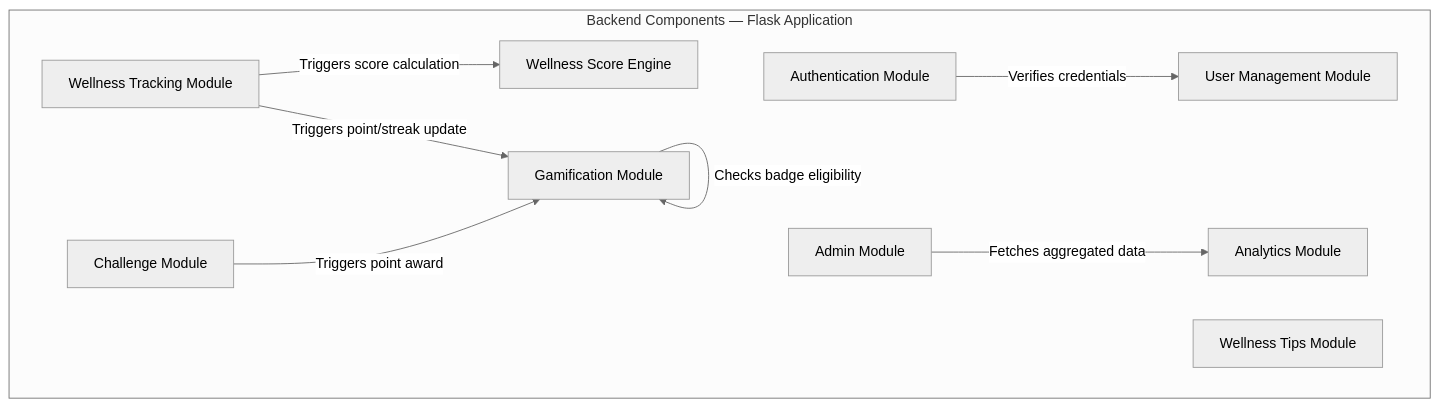
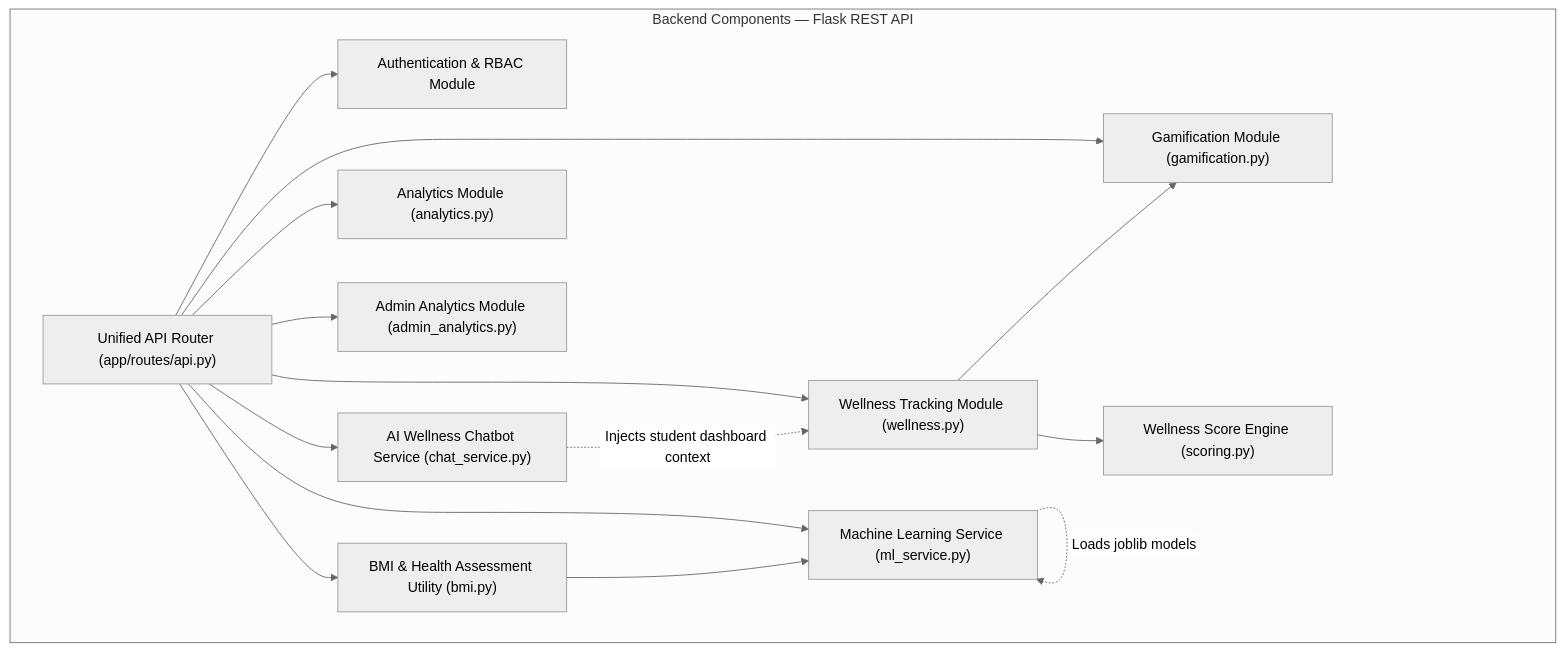
The third of 21 diagrams in ARCHITECTURE.md (goxxie08/Wellvia), drawn with Mermaid (neutral theme) before and after one commit. The commit also changed other lines of this file and 2 other files, not shown here.

````diff
--- a/ARCHITECTURE.md
+++ b/ARCHITECTURE.md
@@ -335,21 +344,30 @@
 ```mermaid
 flowchart TD
-    subgraph Backend["Backend Components — Flask Application"]
-        AuthMod["Authentication Module"]
-        UserMod["User Management Module"]
-        WellnessMod["Wellness Tracking Module"]
-        TipsMod["Wellness Tips Module"]
-        ChallengeMod["Challenge Module"]
-        GamificationMod["Gamification Module"]
-        AnalyticsMod["Analytics Module"]
-        AdminMod["Admin Module"]
-        ScoreEngine["Wellness Score Engine"]
+    subgraph Backend["Backend Components — Flask REST API"]
+        Router["Unified API Router (app/routes/api.py)"]
+        AuthMod["Authentication & RBAC Module"]
+        WellnessMod["Wellness Tracking Module (wellness.py)"]
+        ChatMod["AI Wellness Chatbot Service (chat_service.py)"]
+        MLMod["Machine Learning Service (ml_service.py)"]
+        GamificationMod["Gamification Module (gamification.py)"]
+        AnalyticsMod["Analytics Module (analytics.py)"]
+        AdminAnalyticsMod["Admin Analytics Module (admin_analytics.py)"]
+        ScoreEngine["Wellness Score Engine (scoring.py)"]
+        BMIUtil["BMI & Health Assessment Utility (bmi.py)"]
     end
 
-    AuthMod -->|"Verifies credentials"| UserMod
-    WellnessMod -->|"Triggers score calculation"| ScoreEngine
-    WellnessMod -->|"Triggers point/streak update"| GamificationMod
-    ChallengeMod -->|"Triggers point award"| GamificationMod
-    GamificationMod -->|"Checks badge eligibility"| GamificationMod
-    AdminMod -->|"Fetches aggregated data"| AnalyticsMod
+    Router --> AuthMod
+    Router --> WellnessMod
+    Router --> ChatMod
+    Router --> MLMod
+    Router --> GamificationMod
+    Router --> AnalyticsMod
+    Router --> AdminAnalyticsMod
+    Router --> BMIUtil
+
+    WellnessMod --> ScoreEngine
+    WellnessMod --> GamificationMod
+    ChatMod -.->|"Injects student dashboard context"| WellnessMod
+    MLMod -.->|"Loads joblib models"| MLMod
+    BMIUtil --> MLMod
 ```
````
